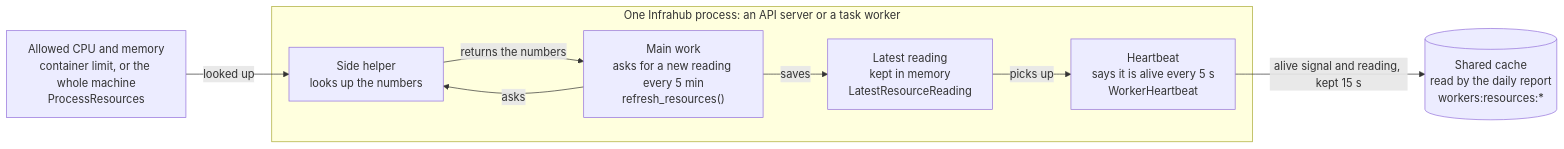
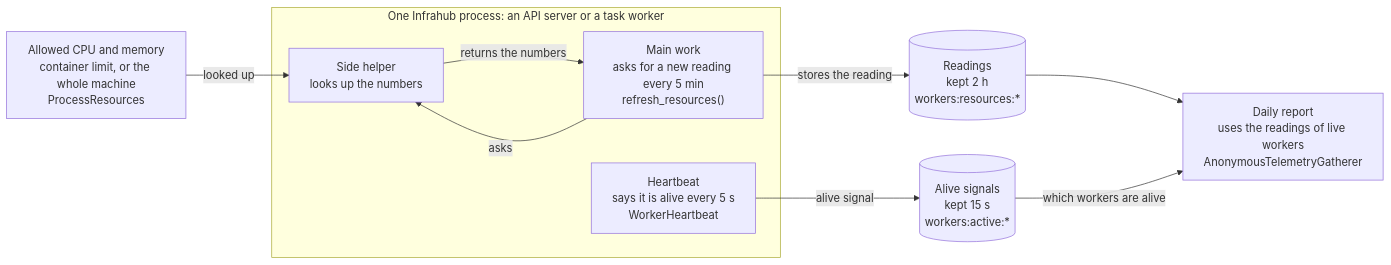
Before and after one commit to opsmill/infrahub: the diagram in dev/knowledge/backend/telemetry.md, drawn with Mermaid. The commit also changed other lines of this file and 16 other files, not shown here.

First line of the commit message:
refactor(telemetry): store each reading from its read, use live workers' only

````diff
--- a/dev/knowledge/backend/telemetry.md
+++ b/dev/knowledge/backend/telemetry.md
@@ -100,17 +100,19 @@
 ```mermaid
 flowchart LR
     limits["Allowed CPU and memory<br/>container limit, or the whole machine<br/>ProcessResources"]
     subgraph process["One Infrahub process: an API server or a task worker"]
         main["Main work<br/>asks for a new reading every 5 min<br/>refresh_resources()"]
         reader["Side helper<br/>looks up the numbers"]
-        slot["Latest reading<br/>kept in memory<br/>LatestResourceReading"]
         beat["Heartbeat<br/>says it is alive every 5 s<br/>WorkerHeartbeat"]
         main -->|asks| reader
         reader -->|returns the numbers| main
-        main -->|saves| slot
-        slot -->|picks up| beat
     end
-    cache[("Shared cache<br/>read by the daily report<br/>workers:resources:*")]
+    readings[("Readings<br/>kept 2 h<br/>workers:resources:*")]
+    alive[("Alive signals<br/>kept 15 s<br/>workers:active:*")]
+    report["Daily report<br/>uses the readings of live workers<br/>AnonymousTelemetryGatherer"]
     limits -->|looked up| reader
-    beat -->|alive signal and reading, kept 15 s| cache
+    main -->|stores the reading| readings
+    beat -->|alive signal| alive
+    readings --> report
+    alive -->|which workers are alive| report
 ```
````
